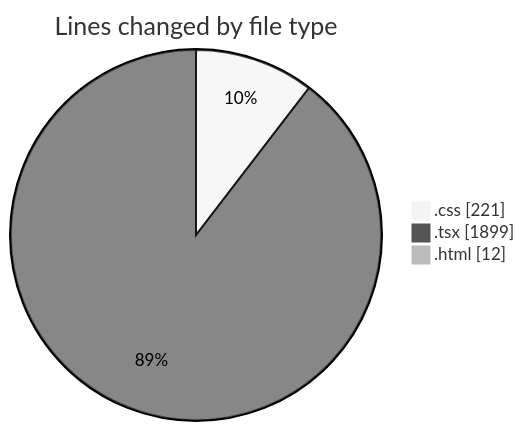
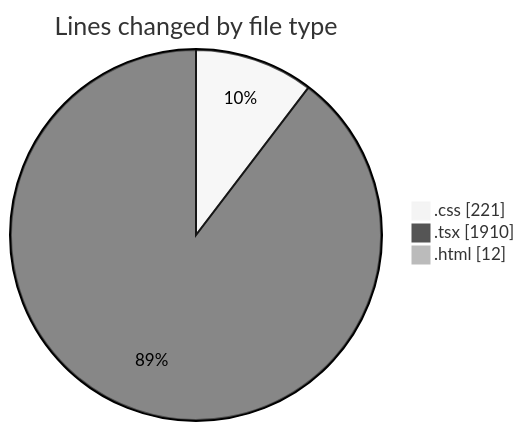
One commit to Elitesun/code-tracking changed the first of 2 diagrams in 2025-03-29/binarysec/README.md. Above: the diagram before and after it, drawn with Mermaid (neutral theme). The commit also changed other lines of this file and 1 other file, not shown here.

````diff
--- a/2025-03-29/binarysec/README.md
+++ b/2025-03-29/binarysec/README.md
@@ -32,7 +32,7 @@
 ```mermaid
 pie showData
 title Lines changed by file type
 ".css" : 221
-".tsx" : 1899
+".tsx" : 1910
 ".html" : 12
 ```
````
